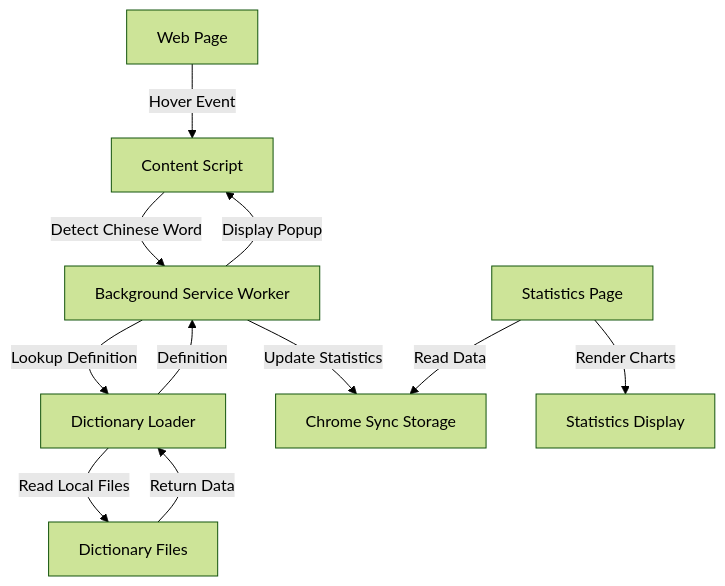
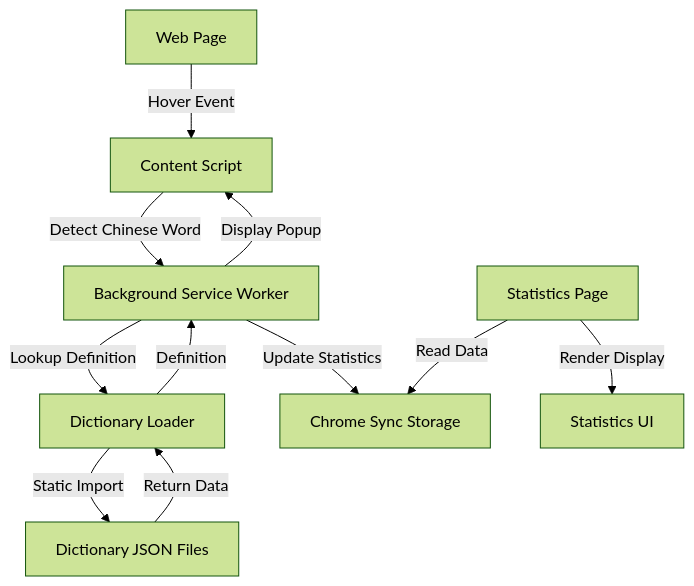
Before and after one commit to VWongDev/canto-toolbox: the diagram in .agents/architecture.md, drawn with Mermaid (forest theme). The commit also changed other lines of this file, not shown here.

Commit message:
ai(git): Update architecture documentation to reflect current codebase

````diff
--- a/.agents/architecture.md
+++ b/.agents/architecture.md
@@ -28,13 +47,13 @@
 ```mermaid
 flowchart TD
     A[Web Page] -->|Hover Event| B[Content Script]
     B -->|Detect Chinese Word| C[Background Service Worker]
     C -->|Lookup Definition| D[Dictionary Loader]
-    D -->|Read Local Files| E[Dictionary Files]
+    D -->|Static Import| E[Dictionary JSON Files]
     E -->|Return Data| D
     D -->|Definition| C
     C -->|Display Popup| B
     C -->|Update Statistics| F[Chrome Sync Storage]
     G[Statistics Page] -->|Read Data| F
-    G -->|Render Charts| H[Statistics Display]
+    G -->|Render Display| H[Statistics UI]
 ```
````
